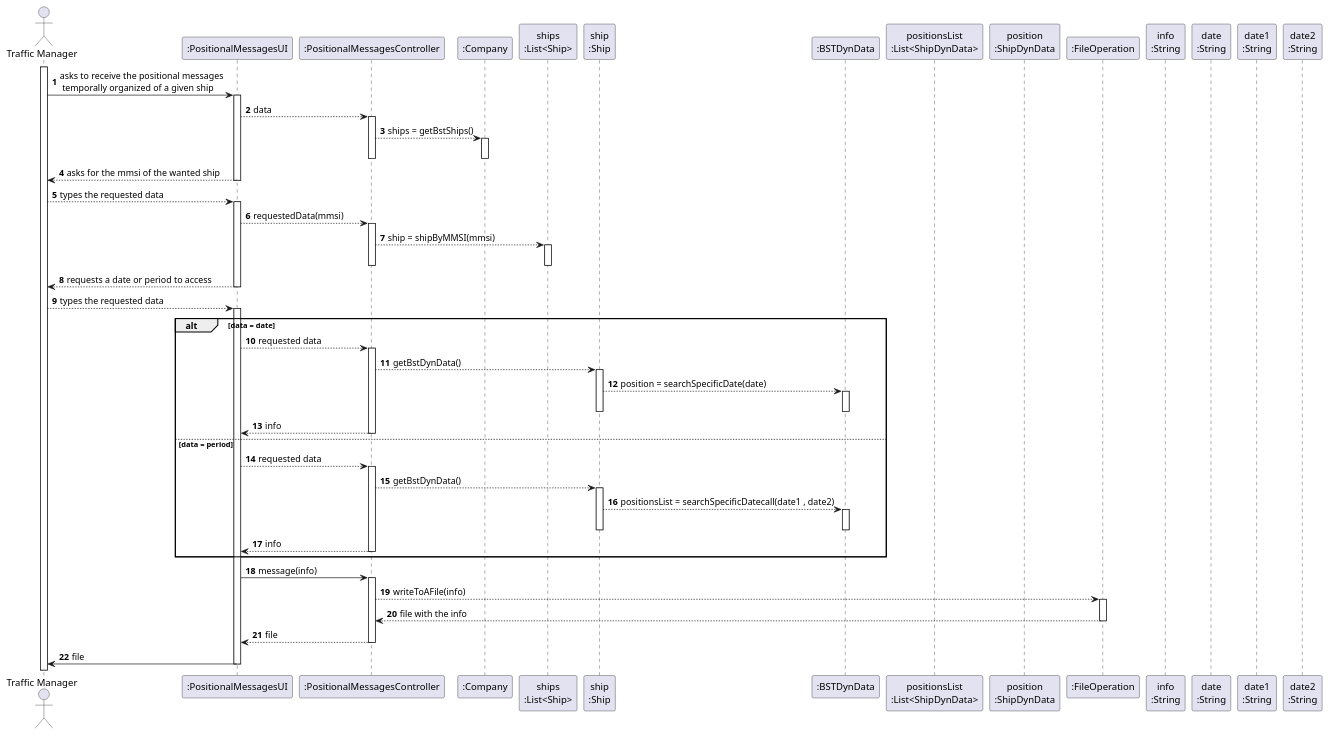
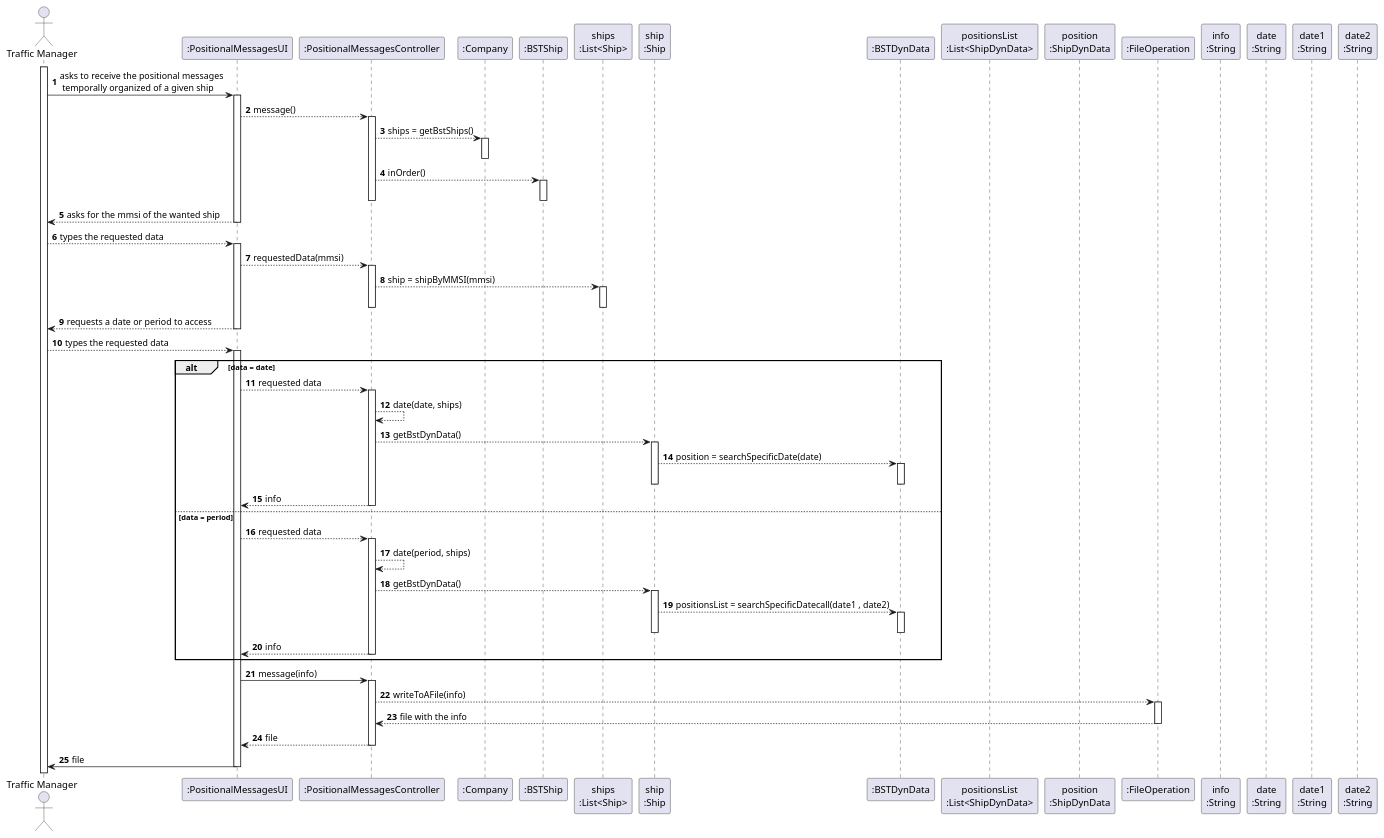
The diagram in Documentation/Sprint1/Engineering_Design/US103/SD_US013.puml (Pedromaia26/LAPR3-ISEP), drawn with PlantUML before and after one commit. The commit also changed 1 other file, not shown here.

```diff
--- a/Documentation/Sprint1/Engineering_Design/US103/SD_US013.puml
+++ b/Documentation/Sprint1/Engineering_Design/US103/SD_US013.puml
@@ -1,87 +1,93 @@
 @startuml
 'https://plantuml.com/sequence-diagram
 
 autonumber
 
 actor "Traffic Manager" as TM
 participant ":PositionalMessagesUI" as UI
 participant ":PositionalMessagesController" as CTRL
 participant ":Company" as C
+participant ":BSTShip" as BST
 participant "ships\n:List<Ship>" as LIST
 participant "ship\n:Ship" as S
-participant ":BSTDynData" as BST
+participant ":BSTDynData" as BSTDD
 participant "positionsList\n:List<ShipDynData>" as POS
 participant "position\n:ShipDynData" as P
 participant ":FileOperation" as FILE
 participant "info\n:String"
 participant "date\n:String"
 participant "date1\n:String"
 participant "date2\n:String"
 
 activate TM
 
 TM -> UI: asks to receive the positional messages \n temporally organized of a given ship
 activate UI
-UI --> CTRL: data
+UI --> CTRL: message()
 activate CTRL
 CTRL --> C: ships = getBstShips()
 activate C
 deactivate C
+CTRL --> BST: inOrder()
+activate BST
+deactivate BST
 
 deactivate CTRL
 UI --> TM: asks for the mmsi of the wanted ship
 deactivate UI
 TM --> UI: types the requested data
 activate UI
 UI --> CTRL: requestedData(mmsi)
 activate CTRL
 CTRL --> LIST: ship = shipByMMSI(mmsi)
 activate LIST
 deactivate LIST
 deactivate CTRL
 UI --> TM: requests a date or period to access
 deactivate UI
 TM --> UI: types the requested data
 activate UI
 alt data = date
 UI --> CTRL: requested data
 activate CTRL
+CTRL --> CTRL: date(date, ships)
 CTRL --> S: getBstDynData()
 activate S
-S --> BST: position = searchSpecificDate(date)
-activate BST
-deactivate BST
+S --> BSTDD: position = searchSpecificDate(date)
+activate BSTDD
+deactivate BSTDD
 deactivate S
 CTRL --> UI: info
 deactivate CTRL
 else data = period
 UI --> CTRL: requested data
 activate CTRL
+CTRL --> CTRL: date(period, ships)
 CTRL --> S: getBstDynData()
 activate S
-S --> BST: positionsList = searchSpecificDatecall(date1 , date2)
-activate BST
-deactivate BST
+S --> BSTDD: positionsList = searchSpecificDatecall(date1 , date2)
+activate BSTDD
+deactivate BSTDD
 deactivate S
 CTRL --> UI: info
 deactivate CTRL
 end
 UI -> CTRL: message(info)
 activate CTRL
 CTRL --> FILE: writeToAFile(info)
 activate FILE
 FILE --> CTRL: file with the info
 deactivate FILE
 CTRL --> UI: file
 deactivate CTRL
 
 UI -> TM: file
 deactivate UI
 
 
 
 
 
 
 
 @enduml
```
